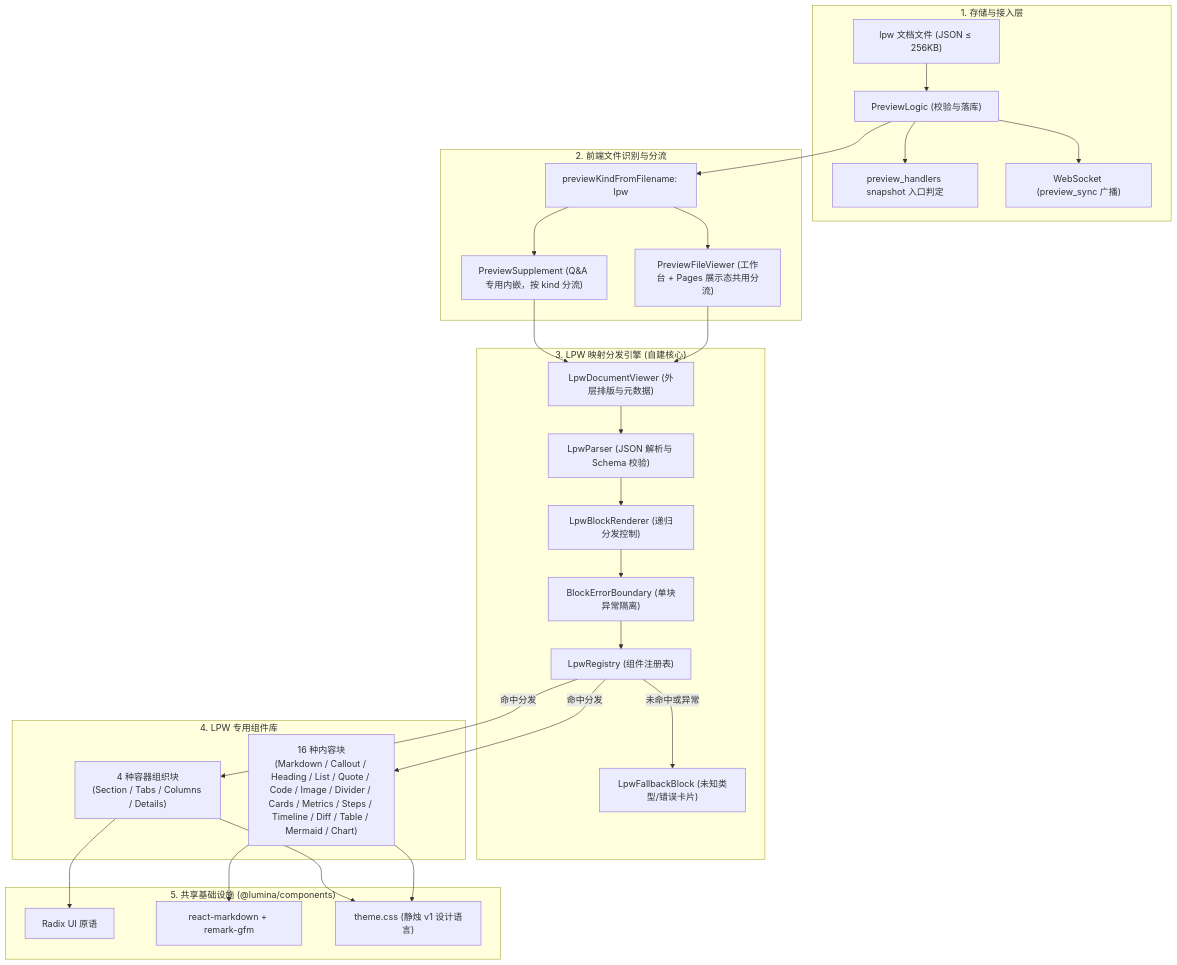
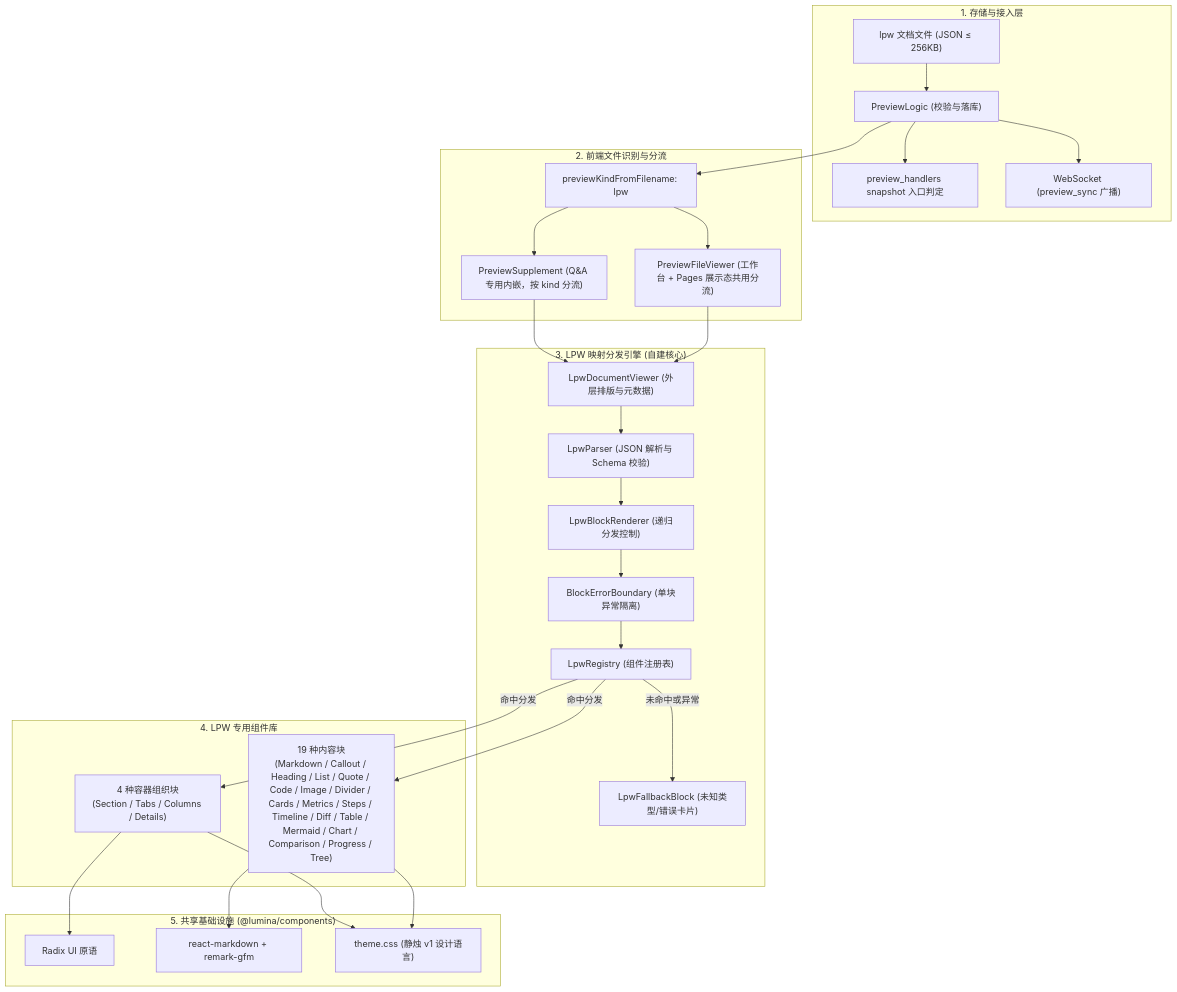
The first of 4 diagrams in docs/engineering/design/0003-preview-lpw-document-renderer.md (xiaolfeng/Lumina), drawn with Mermaid before and after one commit. The commit also changed other lines of this file, not shown here.

First line of the commit message:
docs(预览): LPW 组件库扩至 23 种，图表引擎改用 ECharts 按需懒加载

````diff
--- a/docs/engineering/design/0003-preview-lpw-document-renderer.md
+++ b/docs/engineering/design/0003-preview-lpw-document-renderer.md
@@ -74,56 +75,56 @@
 ```mermaid
 flowchart TB
   subgraph S1 ["1. 存储与接入层"]
     LPWFile["lpw 文档文件 (JSON ≤ 256KB)"]
     Logic["PreviewLogic (校验与落库)"]
     MCP["preview_handlers snapshot 入口判定"]
     WS["WebSocket (preview_sync 广播)"]
     LPWFile --> Logic
     Logic --> MCP
     Logic --> WS
   end
 
   subgraph S2 ["2. 前端文件识别与分流"]
     Kind["previewKindFromFilename: lpw"]
     Viewer["PreviewFileViewer (工作台 + Pages 展示态共用分流)"]
     QAPrev["PreviewSupplement (Q&A 专用内嵌，按 kind 分流)"]
     Kind --> Viewer
     Kind --> QAPrev
   end
 
   subgraph S3 ["3. LPW 映射分发引擎 (自建核心)"]
     DocShell["LpwDocumentViewer (外层排版与元数据)"]
     Parser["LpwParser (JSON 解析与 Schema 校验)"]
     Dispatcher["LpwBlockRenderer (递归分发控制)"]
     Boundary["BlockErrorBoundary (单块异常隔离)"]
     Registry["LpwRegistry (组件注册表)"]
     Fallback["LpwFallbackBlock (未知类型/错误卡片)"]
 
     DocShell --> Parser
     Parser --> Dispatcher
     Dispatcher --> Boundary
     Boundary --> Registry
     Registry -->|未命中或异常| Fallback
   end
 
   subgraph S4 ["4. LPW 专用组件库"]
-    Content["16 种内容块<br>(Markdown / Callout / Heading / List / Quote / Code / Image / Divider / Cards / Metrics / Steps / Timeline / Diff / Table / Mermaid / Chart)"]
+    Content["19 种内容块<br>(Markdown / Callout / Heading / List / Quote / Code / Image / Divider / Cards / Metrics / Steps / Timeline / Diff / Table / Mermaid / Chart / Comparison / Progress / Tree)"]
     Container["4 种容器组织块<br>(Section / Tabs / Columns / Details)"]
   end
 
   subgraph S5 ["5. 共享基础设施 (@lumina/components)"]
     UI["Radix UI 原语"]
     MDEngine["react-markdown + remark-gfm"]
     ThemeTokens["theme.css (静烛 v1 设计语言)"]
   end
 
   Logic --> Kind
   Viewer --> DocShell
   QAPrev --> DocShell
   Registry -->|命中分发| Content
   Registry -->|命中分发| Container
   Content --> MDEngine
   Content --> ThemeTokens
   Container --> UI
   Container --> ThemeTokens
 ```
````
